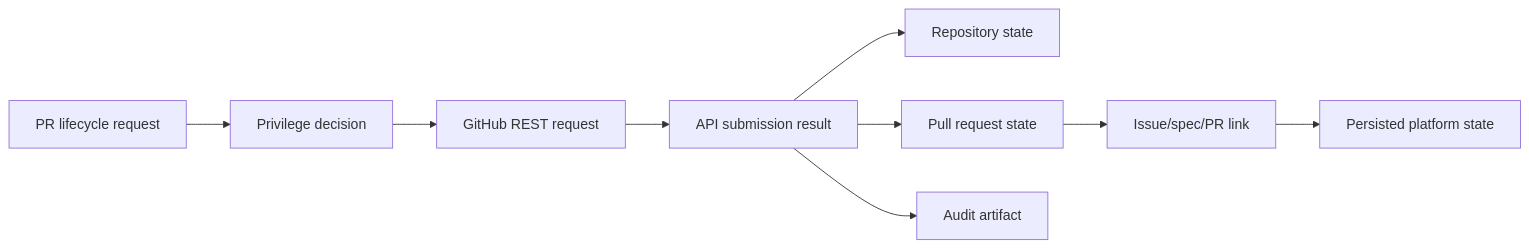
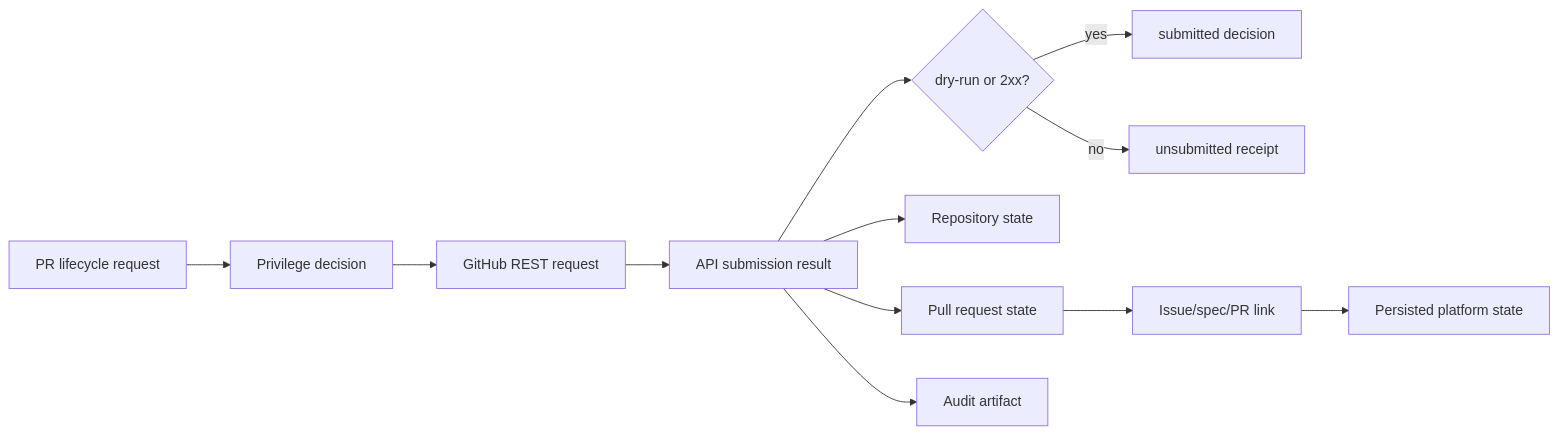
Before and after one commit to VannaDii/ironloom: the diagram in packages/github/README.md, drawn with Mermaid. The commit also changed other lines of this file and 71 other files, not shown here.

````diff
--- a/packages/github/README.md
+++ b/packages/github/README.md
@@ -13,11 +16,14 @@
 ```mermaid
 flowchart LR
   PR[PR lifecycle request] --> Policy[Privilege decision]
   Policy --> Request[GitHub REST request]
   Request --> Submit[API submission result]
+  Submit --> Accepted{dry-run or 2xx?}
+  Accepted -->|yes| Submitted[submitted decision]
+  Accepted -->|no| Rejected[unsubmitted receipt]
   Submit --> Repo[Repository state]
   Submit --> State[Pull request state]
   State --> Link[Issue/spec/PR link]
   Link --> Storage[Persisted platform state]
   Submit --> Artifact[Audit artifact]
 ```
````
